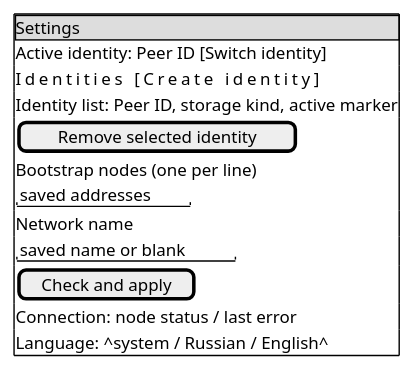
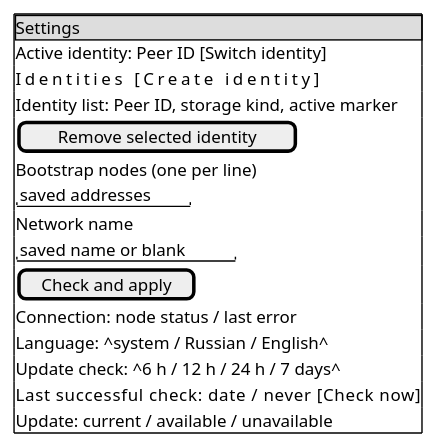
The second of 5 diagrams in docs/design/v0.0.1-client-screens.md (abbat/dyapp), drawn with PlantUML before and after one commit. The commit also changed other lines of this file and 2 other files, not shown here.

````diff
--- a/docs/design/v0.0.1-client-screens.md
+++ b/docs/design/v0.0.1-client-screens.md
@@ -93,18 +93,21 @@
 ```plantuml
 @startsalt
 {+
 {* Settings }
 Active identity: Peer ID [Switch identity]
 Identities                       [Create identity]
 Identity list: Peer ID, storage kind, active marker
 [Remove selected identity]
 Bootstrap nodes (one per line)
 "saved addresses"
 Network name
 "saved name or blank"
 [Check and apply]
 Connection: node status / last error
 Language: ^system / Russian / English^
+Update check: ^6 h / 12 h / 24 h / 7 days^
+Last successful check: date / never        [Check now]
+Update: current / available / unavailable
 }
 @endsalt
 ```
````
